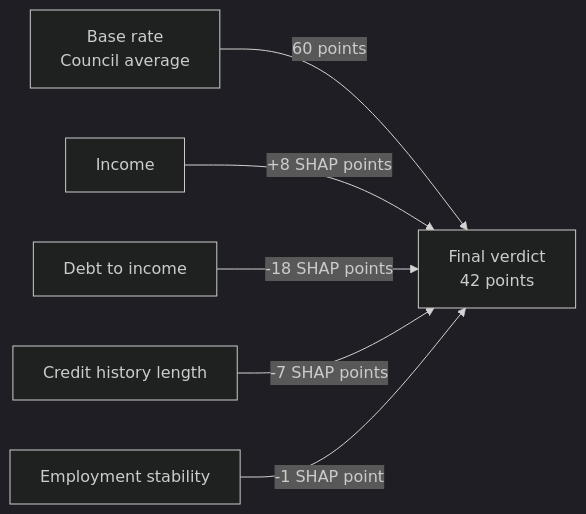
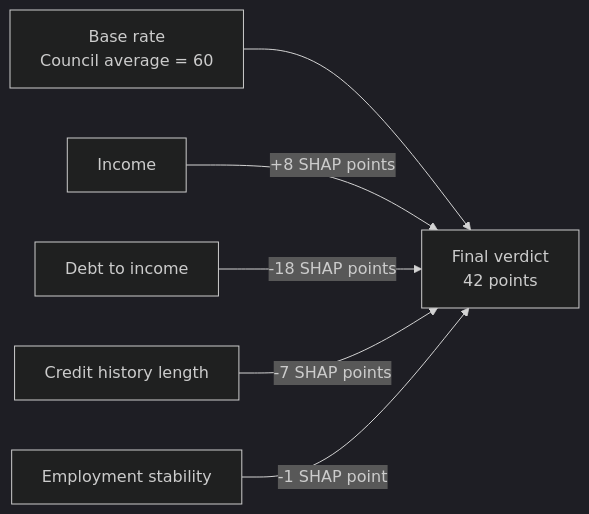
The diagram in chapter17.qmd (akv004/the-ai-jungle), drawn with Mermaid (dark theme) before and after one commit. The commit also changed 9 other files, not shown here.

First line of the commit message:
Docs: Fix figure numbering, callout fences, SHAP force-plot; add Heron technical plots

````diff
--- a/chapter17.qmd
+++ b/chapter17.qmd
@@ -98,8 +98,8 @@
 ```{mermaid}
 flowchart LR
-  B["Base rate<br/>Council average"] -- "60 points" --> V["Final verdict<br/>42 points"]
+  B["Base rate<br/>Council average = 60"] --> V["Final verdict<br/>42 points"]
   I["Income"] -- "+8 SHAP points" --> V
   D["Debt to income"] -- "-18 SHAP points" --> V
   C["Credit history length"] -- "-7 SHAP points" --> V
   E["Employment stability"] -- "-1 SHAP point" --> V
 ```
````
